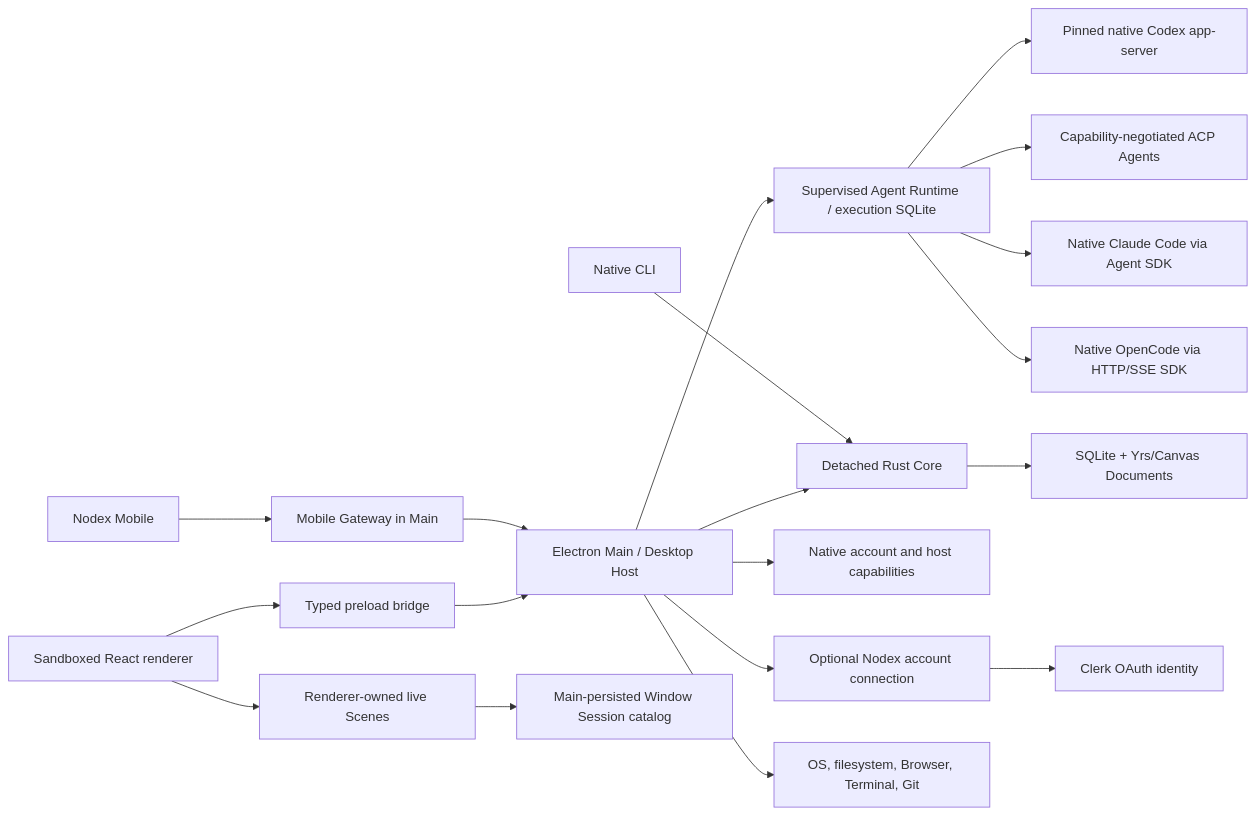
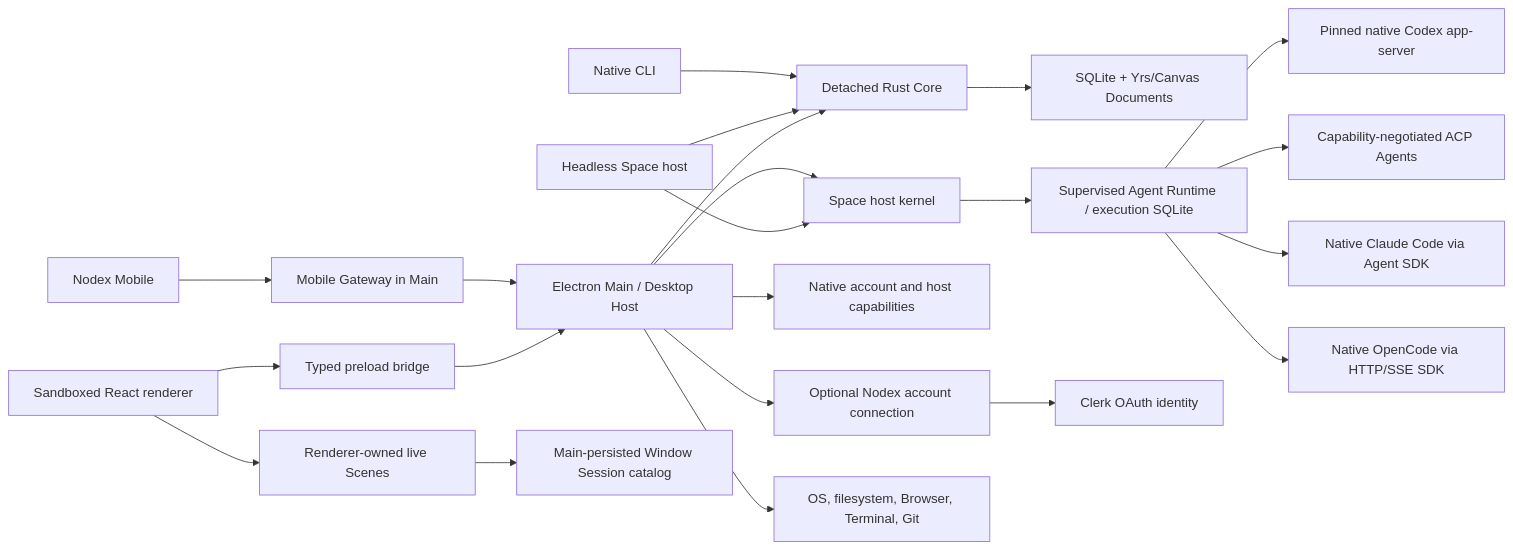
One commit to junyudev/nodex changed the first of 3 diagrams in docs/ARCHITECTURE.md. Above: the diagram before and after it, drawn with Mermaid. The commit also changed other lines of this file and 582 other files, not shown here.

First line of the commit message:
feat(host): keep a team Space running on a headless host

````diff
--- a/docs/ARCHITECTURE.md
+++ b/docs/ARCHITECTURE.md
@@ -16,21 +16,24 @@
 ```mermaid
 flowchart LR
     Renderer["Sandboxed React renderer"] --> Preload["Typed preload bridge"]
     Preload --> Main["Electron Main / Desktop Host"]
     Main --> Core["Detached Rust Core"]
+    Serve["Headless Space host"] --> Kernel
+    Serve --> Core
     CLI["Native CLI"] --> Core
     Core --> Store["SQLite + Yrs/Canvas Documents"]
-    Main --> Agent["Supervised Agent Runtime / execution SQLite"]
+    Main --> Kernel["Space host kernel"]
+    Kernel --> Agent["Supervised Agent Runtime / execution SQLite"]
     Agent --> Codex["Pinned native Codex app-server"]
     Agent --> ACP["Capability-negotiated ACP Agents"]
     Agent --> Claude["Native Claude Code via Agent SDK"]
     Agent --> OpenCode["Native OpenCode via HTTP/SSE SDK"]
     Main --> Accounts["Native account and host capabilities"]
     Phone["Nodex Mobile"] --> Gateway["Mobile Gateway in Main"]
     Gateway --> Main
     Main --> NodexAccount["Optional Nodex account connection"]
     NodexAccount --> Clerk["Clerk OAuth identity"]
     Main --> Host["OS, filesystem, Browser, Terminal, Git"]
     Renderer --> Scene["Renderer-owned live Scenes"]
     Scene --> Catalog["Main-persisted Window Session catalog"]
 ```
````
